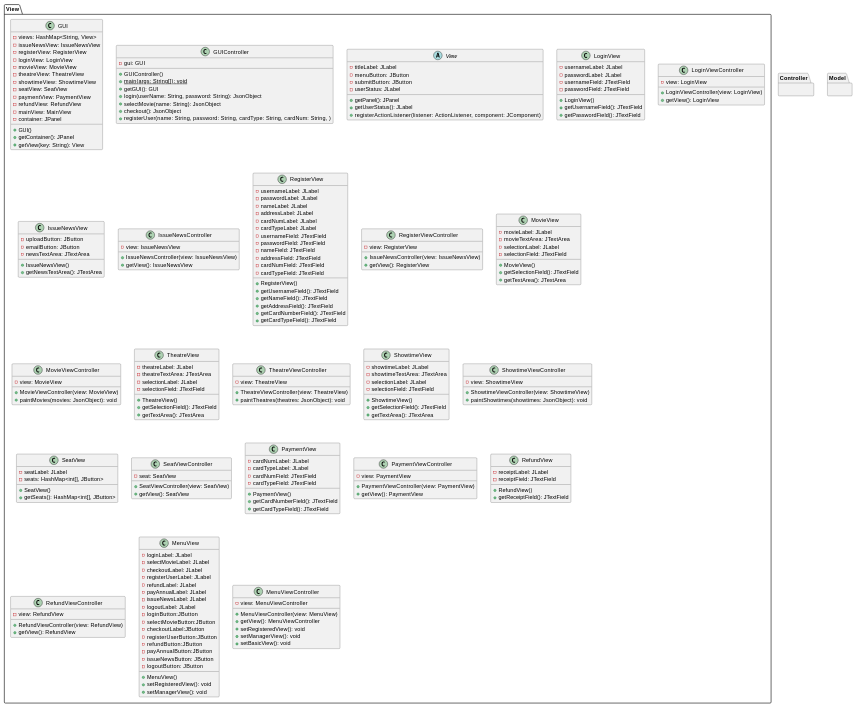
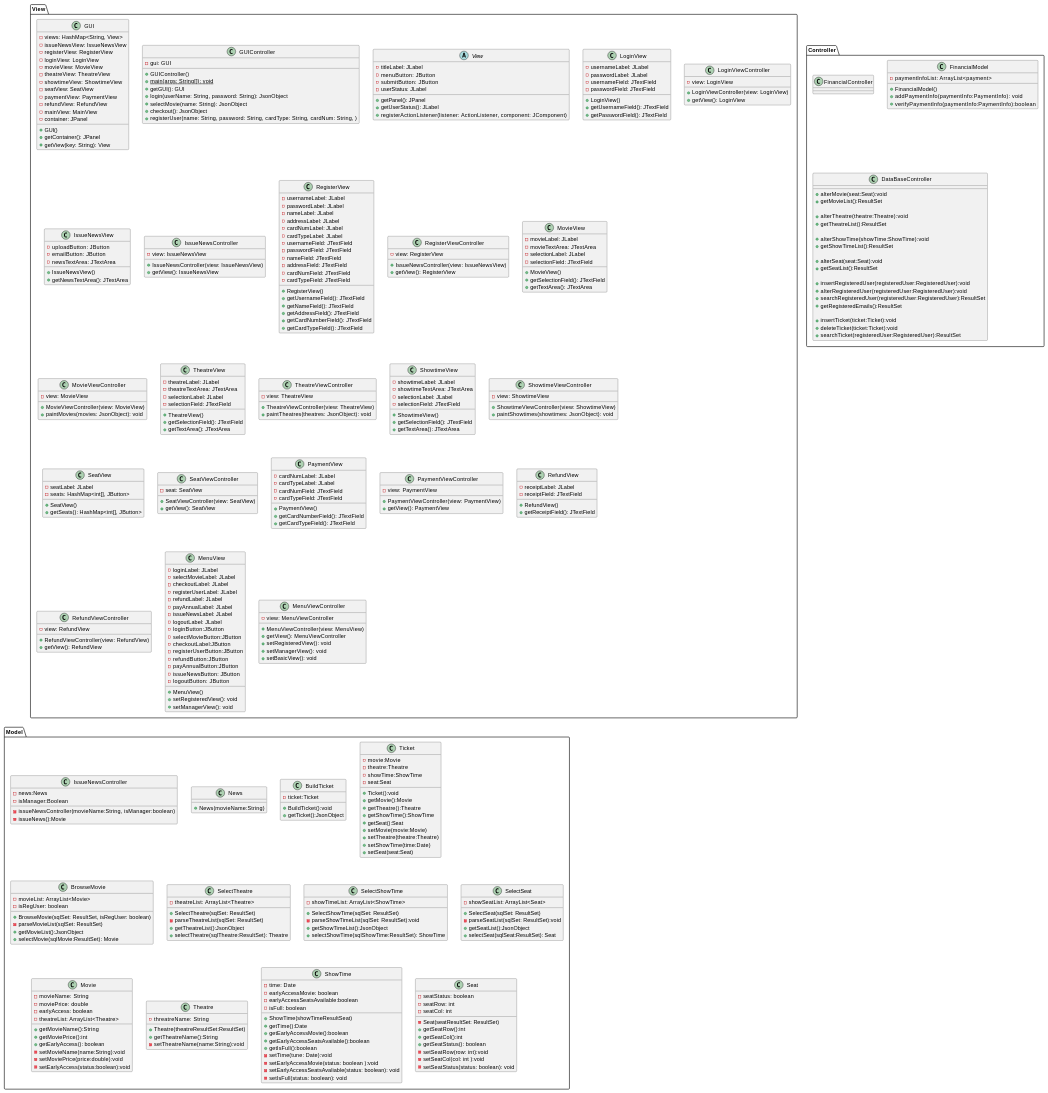
The diagram in DetailedClassDiagram.md (mklasby/ENSF_619_PROJECT), drawn with PlantUML before and after one commit. The commit also changed 1 other file, not shown here.

Commit message:
added markdown for Model and Controller

```diff
--- a/DetailedClassDiagram.md
+++ b/DetailedClassDiagram.md
@@ -252,10 +252,179 @@
 
 package Controller{
 
+class FinancialController
+
+class FinancialModel{
+- paymentInfoList: ArrayList<payment>
++ FinancialModel()
++ addPaymentInfo(paymentInfo:PaymentInfo): void
++ verifyPaymentInfo(paymentInfo:PaymentInfo):boolean
+}
+
+class DataBaseController{
+
++alterMovie(seat:Seat):void
++getMovieList():ResultSet
+
++alterTheatre(theatre:Theatre):void
++getTheatreList():ResultSet
+
++alterShowTime(showTime:ShowTime):void
++getShowTimeList():ResultSet
+
++alterSeat(seat:Seat):void
++getSeatList():ResultSet
+
++insertRegisteredUser(registeredUser:RegisteredUser):void
++alterRegisteredUser(registeredUser:RegisteredUser):void
++searchRegisteredUser(registeredUser:RegisteredUser):ResultSet
++getRegisteredEmails():ResultSet
+
++insertTicket(ticket:Ticket):void
++deleteTicket(ticket:Ticket):void
++searchTicket(registeredUser:RegisteredUser):ResultSet
+
+
+
+}
+
 }
 
 package Model{
 
+class IssueNewsController{
+-news:News
+-isManager:Boolean
+-issueNewsController(movieName:String, isManager:boolean)
+-issueNews():Movie
+}
+
+class News{
++News(movieName:String)
+
+}
+
+
+class BuildTicket{
+	-ticket:Ticket
+	+BuildTicket():void
+	+getTicket():JsonObject
+
+}
+
+class Ticket{
+	-movie:Movie
+	-theatre:Theatre
+	-showTime:ShowTime
+	-seat:Seat
+	+Ticket():void
+	+getMovie():Movie
+	+getTheatre():Theatre
+	+getShowTime():ShowTime
+	+getSeat():Seat
+	+setMovie(movie:Movie)
+	+setTheatre(theatre:Theatre)
+	+setShowTime(time:Date)
+	+setSeat(seat:Seat)
+	
+
+}
+
+
+class BrowseMovie{
+	-movieList: ArrayList<Movie>
+	-isRegUser: boolean 
+	+BrowseMovie(sqlSet: ResultSet, isRegUser: boolean)
+	-parseMovieList(sqlSet: ResultSet)
+	+getMovieList():JsonObject
+	+selectMovie(sqlMovie:ResultSet): Movie
+}
+
+
+class SelectTheatre{
+	-theatreList: ArrayList<Theatre>
+	+SelectTheatre(sqlSet: ResultSet)
+	-parseTheatreList(sqlSet: ResultSet)
+	+getTheatreList():JsonObject
+	+selectTheatre(sqlTheatre:ResultSet): Theatre
+}
+
+class SelectShowTime{
+	-showTimeList: ArrayList<ShowTime>
+	+SelectShowTime(sqlSet: ResultSet)
+	-parseShowTimeList(sqlSet: ResultSet):void
+	+getShowTimeList():JsonObject
+	+selectShowTime(sqlShowTime:ResultSet): ShowTime
+}
+
+
+class SelectSeat{
+	-showSeatList: ArrayList<Seat>
+	+SelectSeat(sqlSet: ResultSet)
+	-parseSeatList(sqlSet: ResultSet):void
+	+getSeatList():JsonObject
+	+selectSeat(sqlSeat:ResultSet): Seat
+}
+
+
+
+
+    
+class Movie{
+	-movieName: String
+	-moviePrice: double 
+	-earlyAccess: boolean
+	-theatreList: ArrayList<Theatre>
+	+getMovieName():String
+	+getMoviePrice():int
+	+getEarlyAccess(): boolean 
+	-setMovieName(name:String):void
+	-setMoviePrice(price:double):void
+	-setEarlyAccess(status:boolean):void
+	
+	
+}
+
+class Theatre{
+	-threatreName: String
+	+Theatre(theatreResultSet:ResultSet)
+	+getTheatreName():String
+	-setTheatreName(name:String):void
+}
+
+class ShowTime{
+	-time: Date
+	-earlyAccessMovie: boolean
+	-earlyAccessSeatsAvailable:boolean
+	-isFull: boolean
+	+ShowTime(showTimeResultSeat)
+	+getTime():Date
+	+getEarlyAccessMovie():boolean
+	+getEarlyAccessSeatsAvailable():boolean
+	+getIsFull():boolean
+	-setTime(tune: Date):void
+	-setEarlyAccessMovie(status: boolean ):void
+	-setEarlyAccessSeatsAvaliable(status: boolean): void
+	-setIsFull(status: boolean): void
+
+}
+
+
+class Seat{
+	-seatStatus: boolean
+	-seatRow: int
+	-seatCol: int
+	-Seat(seatResultSet: ResultSet)
+	+getSeatRow():int
+	+getSeatCol():int
+	+getSeatStatus(): boolean
+	-setSeatRow(row: int):void
+	-setSeatCol(col: int ):void
+	-setSeatStatus(status: boolean): void
+
+   
+}
+
 }
 
 @enduml
```
